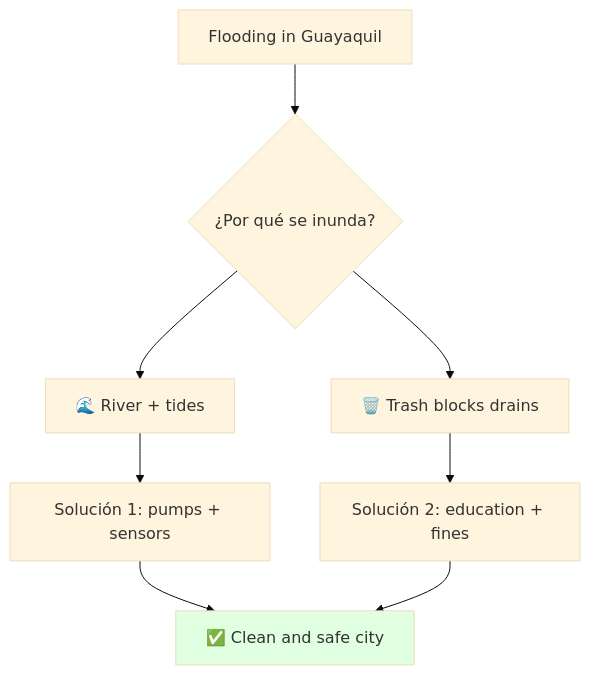
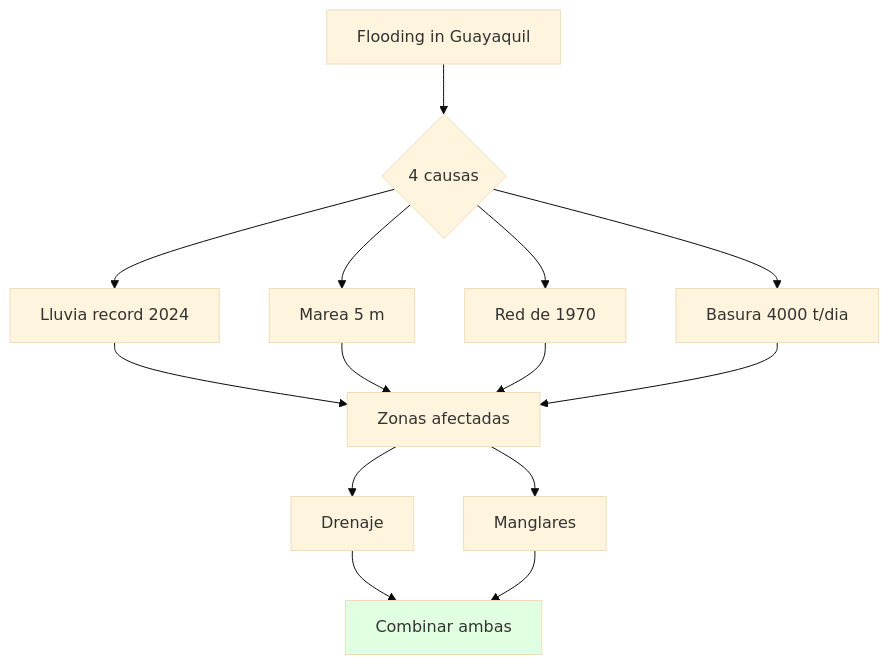
The first of 2 diagrams in Universidad/3er Semestre/Ingles III/Unit 1 - Different Cultures/Recursos adicionales/Speaking Practice # 1.md (Fsteven22/Notas-de-Universidad-Freddy-Sanchez-), drawn with Mermaid (base theme) before and after one commit. The commit also changed other lines of this file, not shown here.

Commit message:
Speaking flooding: plantilla completa + guion original intacto en callout

````diff
--- a/Universidad/3er Semestre/Ingles III/Unit 1 - Different Cultures/Recursos adicionales/Speaking Practice # 1.md
+++ b/Universidad/3er Semestre/Ingles III/Unit 1 - Different Cultures/Recursos adicionales/Speaking Practice # 1.md
@@ -23,12 +23,18 @@
 ```mermaid
 graph TB
-    A[Flooding in Guayaquil] --> B{¿Por qué se inunda?}
-    B --> C[🌊 River + tides]
-    B --> D[🗑️ Trash blocks drains]
-    C --> E[Solución 1: pumps + sensors]
-    D --> F[Solución 2: education + fines]
-    E --> G[✅ Clean and safe city]
+    A[Flooding in Guayaquil] --> B{4 causas}
+    B --> C[Lluvia record 2024]
+    B --> D[Marea 5 m]
+    B --> E[Red de 1970]
+    B --> F[Basura 4000 t/dia]
+    C --> G[Zonas afectadas]
+    D --> G
+    E --> G
     F --> G
+    G --> H[Drenaje]
+    G --> I[Manglares]
+    H --> J[Combinar ambas]
+    I --> J
 
-    style G fill:#e1ffe1
+    style J fill:#e1ffe1
 ```
````
